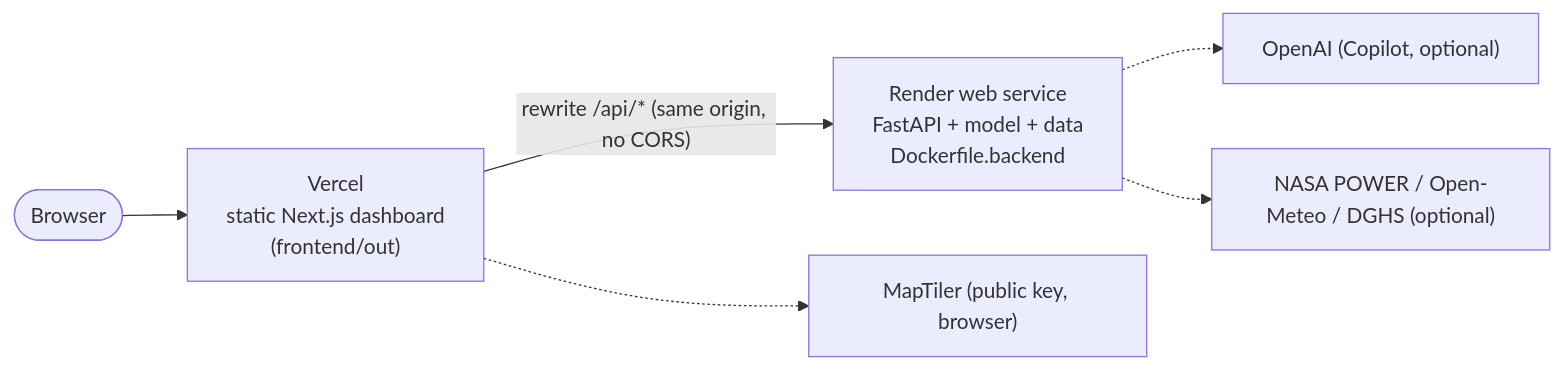
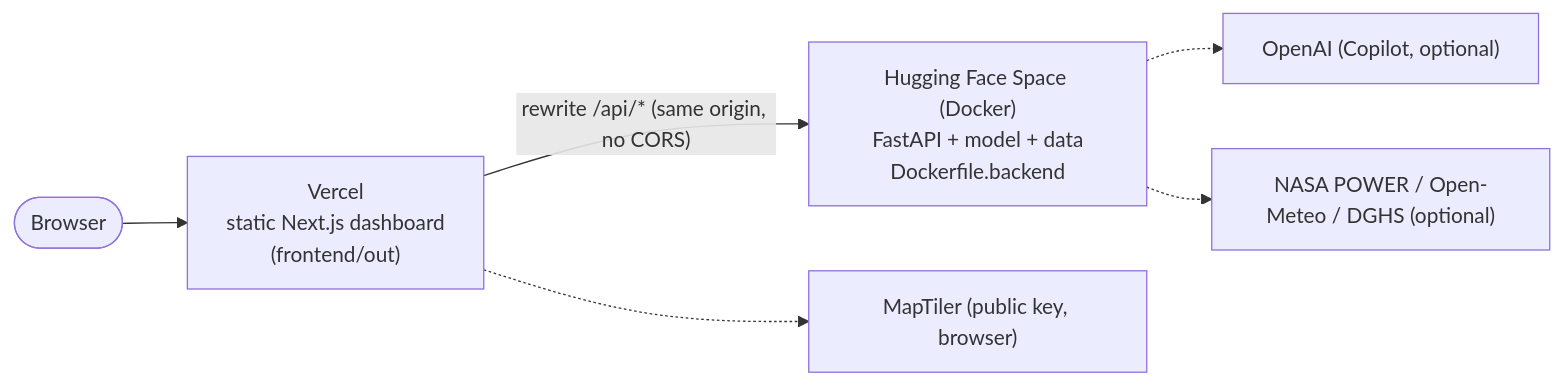
Before and after one commit to A-K-M-Asifuzzaman/EDU_HACKATHON: the diagram in docs/deployment.md, drawn with Mermaid. The commit also changed other lines of this file and 5 other files, not shown here.

Commit message:
build(deploy): backend on a Hugging Face Space, dashboard on Vercel proxying /api; docs updated

````diff
--- a/docs/deployment.md
+++ b/docs/deployment.md
@@ -3,8 +3,8 @@
 ```mermaid
 flowchart LR
     user(["Browser"]) --> v["Vercel<br/>static Next.js dashboard<br/>(frontend/out)"]
-    v -->|"rewrite /api/* (same origin, no CORS)"| r["Render web service<br/>FastAPI + model + data<br/>Dockerfile.backend"]
+    v -->|"rewrite /api/* (same origin, no CORS)"| r["Hugging Face Space (Docker)<br/>FastAPI + model + data<br/>Dockerfile.backend"]
     r -.-> o["OpenAI (Copilot, optional)"]
     r -.-> w["NASA POWER / Open-Meteo / DGHS (optional)"]
     v -.-> m["MapTiler (public key, browser)"]
 ```
````
